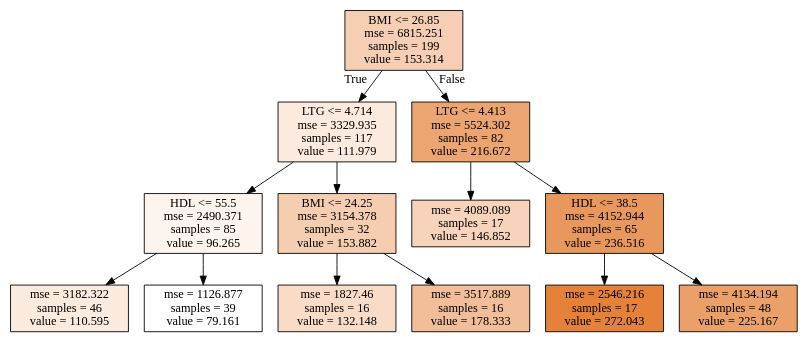
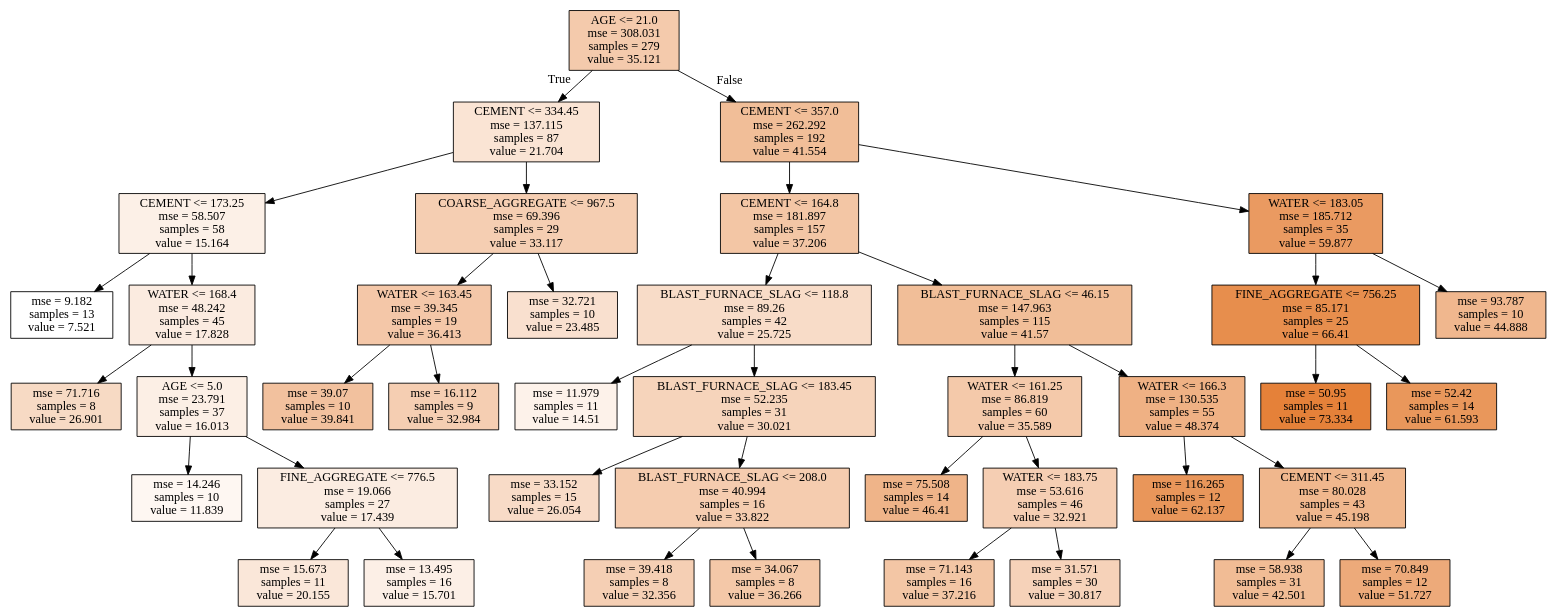
The diagram in rfr_final_0.dot (wonbae/data-analytics), drawn with Graphviz before and after one commit. The commit also changed 13 other files, not shown here.

```diff
--- a/rfr_final_0.dot
+++ b/rfr_final_0.dot
@@ -1,28 +1,84 @@
 digraph Tree {
 node [shape=box, style="filled", color="black"] ;
-0 [label="BMI <= 26.85\nmse = 6815.251\nsamples = 199\nvalue = 153.314", fillcolor="#e5813962"] ;
-1 [label="LTG <= 4.714\nmse = 3329.935\nsamples = 117\nvalue = 111.979", fillcolor="#e581392b"] ;
+0 [label="AGE <= 21.0\nmse = 308.031\nsamples = 279\nvalue = 35.121", fillcolor="#e581396b"] ;
+1 [label="CEMENT <= 334.45\nmse = 137.115\nsamples = 87\nvalue = 21.704", fillcolor="#e5813937"] ;
 0 -> 1 [labeldistance=2.5, labelangle=45, headlabel="True"] ;
-2 [label="HDL <= 55.5\nmse = 2490.371\nsamples = 85\nvalue = 96.265", fillcolor="#e5813917"] ;
+2 [label="CEMENT <= 173.25\nmse = 58.507\nsamples = 58\nvalue = 15.164", fillcolor="#e581391e"] ;
 1 -> 2 ;
-3 [label="mse = 3182.322\nsamples = 46\nvalue = 110.595", fillcolor="#e581392a"] ;
+3 [label="mse = 9.182\nsamples = 13\nvalue = 7.521", fillcolor="#e5813900"] ;
 2 -> 3 ;
-4 [label="mse = 1126.877\nsamples = 39\nvalue = 79.161", fillcolor="#e5813900"] ;
+4 [label="WATER <= 168.4\nmse = 48.242\nsamples = 45\nvalue = 17.828", fillcolor="#e5813928"] ;
 2 -> 4 ;
-5 [label="BMI <= 24.25\nmse = 3154.378\nsamples = 32\nvalue = 153.882", fillcolor="#e5813963"] ;
-1 -> 5 ;
-6 [label="mse = 1827.46\nsamples = 16\nvalue = 132.148", fillcolor="#e5813946"] ;
-5 -> 6 ;
-7 [label="mse = 3517.889\nsamples = 16\nvalue = 178.333", fillcolor="#e5813983"] ;
-5 -> 7 ;
-8 [label="LTG <= 4.413\nmse = 5524.302\nsamples = 82\nvalue = 216.672", fillcolor="#e58139b6"] ;
-0 -> 8 [labeldistance=2.5, labelangle=-45, headlabel="False"] ;
-9 [label="mse = 4089.089\nsamples = 17\nvalue = 146.852", fillcolor="#e5813959"] ;
+5 [label="mse = 71.716\nsamples = 8\nvalue = 26.901", fillcolor="#e581394b"] ;
+4 -> 5 ;
+6 [label="AGE <= 5.0\nmse = 23.791\nsamples = 37\nvalue = 16.013", fillcolor="#e5813921"] ;
+4 -> 6 ;
+7 [label="mse = 14.246\nsamples = 10\nvalue = 11.839", fillcolor="#e5813911"] ;
+6 -> 7 ;
+8 [label="FINE_AGGREGATE <= 776.5\nmse = 19.066\nsamples = 27\nvalue = 17.439", fillcolor="#e5813926"] ;
+6 -> 8 ;
+9 [label="mse = 15.673\nsamples = 11\nvalue = 20.155", fillcolor="#e5813931"] ;
 8 -> 9 ;
-10 [label="HDL <= 38.5\nmse = 4152.944\nsamples = 65\nvalue = 236.516", fillcolor="#e58139d0"] ;
+10 [label="mse = 13.495\nsamples = 16\nvalue = 15.701", fillcolor="#e5813920"] ;
 8 -> 10 ;
-11 [label="mse = 2546.216\nsamples = 17\nvalue = 272.043", fillcolor="#e58139ff"] ;
-10 -> 11 ;
-12 [label="mse = 4134.194\nsamples = 48\nvalue = 225.167", fillcolor="#e58139c1"] ;
-10 -> 12 ;
+11 [label="COARSE_AGGREGATE <= 967.5\nmse = 69.396\nsamples = 29\nvalue = 33.117", fillcolor="#e5813963"] ;
+1 -> 11 ;
+12 [label="WATER <= 163.45\nmse = 39.345\nsamples = 19\nvalue = 36.413", fillcolor="#e5813970"] ;
+11 -> 12 ;
+13 [label="mse = 39.07\nsamples = 10\nvalue = 39.841", fillcolor="#e581397d"] ;
+12 -> 13 ;
+14 [label="mse = 16.112\nsamples = 9\nvalue = 32.984", fillcolor="#e5813963"] ;
+12 -> 14 ;
+15 [label="mse = 32.721\nsamples = 10\nvalue = 23.485", fillcolor="#e581393e"] ;
+11 -> 15 ;
+16 [label="CEMENT <= 357.0\nmse = 262.292\nsamples = 192\nvalue = 41.554", fillcolor="#e5813984"] ;
+0 -> 16 [labeldistance=2.5, labelangle=-45, headlabel="False"] ;
+17 [label="CEMENT <= 164.8\nmse = 181.897\nsamples = 157\nvalue = 37.206", fillcolor="#e5813973"] ;
+16 -> 17 ;
+18 [label="BLAST_FURNACE_SLAG <= 118.8\nmse = 89.26\nsamples = 42\nvalue = 25.725", fillcolor="#e5813947"] ;
+17 -> 18 ;
+19 [label="mse = 11.979\nsamples = 11\nvalue = 14.51", fillcolor="#e581391b"] ;
+18 -> 19 ;
+20 [label="BLAST_FURNACE_SLAG <= 183.45\nmse = 52.235\nsamples = 31\nvalue = 30.021", fillcolor="#e5813957"] ;
+18 -> 20 ;
+21 [label="mse = 33.152\nsamples = 15\nvalue = 26.054", fillcolor="#e5813948"] ;
+20 -> 21 ;
+22 [label="BLAST_FURNACE_SLAG <= 208.0\nmse = 40.994\nsamples = 16\nvalue = 33.822", fillcolor="#e5813966"] ;
+20 -> 22 ;
+23 [label="mse = 39.418\nsamples = 8\nvalue = 32.356", fillcolor="#e5813960"] ;
+22 -> 23 ;
+24 [label="mse = 34.067\nsamples = 8\nvalue = 36.266", fillcolor="#e581396f"] ;
+22 -> 24 ;
+25 [label="BLAST_FURNACE_SLAG <= 46.15\nmse = 147.963\nsamples = 115\nvalue = 41.57", fillcolor="#e5813984"] ;
+17 -> 25 ;
+26 [label="WATER <= 161.25\nmse = 86.819\nsamples = 60\nvalue = 35.589", fillcolor="#e581396d"] ;
+25 -> 26 ;
+27 [label="mse = 75.508\nsamples = 14\nvalue = 46.41", fillcolor="#e5813997"] ;
+26 -> 27 ;
+28 [label="WATER <= 183.75\nmse = 53.616\nsamples = 46\nvalue = 32.921", fillcolor="#e5813962"] ;
+26 -> 28 ;
+29 [label="mse = 71.143\nsamples = 16\nvalue = 37.216", fillcolor="#e5813973"] ;
+28 -> 29 ;
+30 [label="mse = 31.571\nsamples = 30\nvalue = 30.817", fillcolor="#e581395a"] ;
+28 -> 30 ;
+31 [label="WATER <= 166.3\nmse = 130.535\nsamples = 55\nvalue = 48.374", fillcolor="#e581399e"] ;
+25 -> 31 ;
+32 [label="mse = 116.265\nsamples = 12\nvalue = 62.137", fillcolor="#e58139d4"] ;
+31 -> 32 ;
+33 [label="CEMENT <= 311.45\nmse = 80.028\nsamples = 43\nvalue = 45.198", fillcolor="#e5813992"] ;
+31 -> 33 ;
+34 [label="mse = 58.938\nsamples = 31\nvalue = 42.501", fillcolor="#e5813988"] ;
+33 -> 34 ;
+35 [label="mse = 70.849\nsamples = 12\nvalue = 51.727", fillcolor="#e58139ab"] ;
+33 -> 35 ;
+36 [label="WATER <= 183.05\nmse = 185.712\nsamples = 35\nvalue = 59.877", fillcolor="#e58139cb"] ;
+16 -> 36 ;
+37 [label="FINE_AGGREGATE <= 756.25\nmse = 85.171\nsamples = 25\nvalue = 66.41", fillcolor="#e58139e4"] ;
+36 -> 37 ;
+38 [label="mse = 50.95\nsamples = 11\nvalue = 73.334", fillcolor="#e58139ff"] ;
+37 -> 38 ;
+39 [label="mse = 52.42\nsamples = 14\nvalue = 61.593", fillcolor="#e58139d2"] ;
+37 -> 39 ;
+40 [label="mse = 93.787\nsamples = 10\nvalue = 44.888", fillcolor="#e5813991"] ;
+36 -> 40 ;
 }
```
